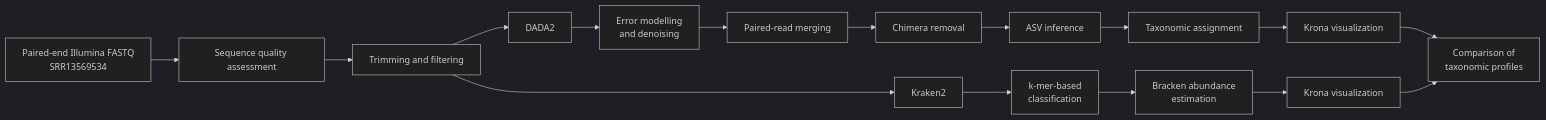
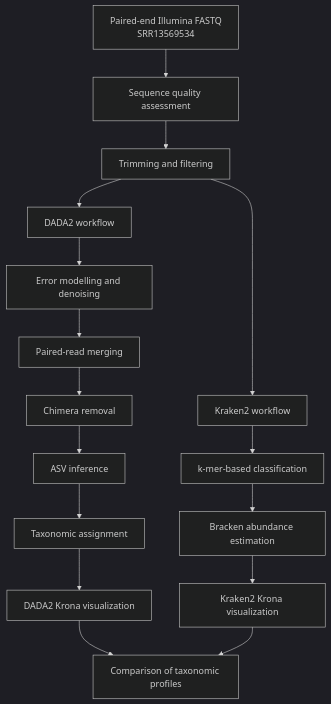
One commit to Gabii3355/16S-taxonomic-profiling-dada2-kraken2 changed the diagram in README.md. Above: the diagram before and after it, drawn with Mermaid (dark theme). The commit also changed other lines of this file, not shown here.

````diff
--- a/README.md
+++ b/README.md
@@ -36,21 +36,21 @@
 ```mermaid
-flowchart LR
+flowchart TD
     A["Paired-end Illumina FASTQ<br/>SRR13569534"] --> B["Sequence quality assessment"]
     B --> C["Trimming and filtering"]
 
-    C --> D["DADA2"]
-    D --> E["Error modelling<br/>and denoising"]
+    C --> D["DADA2 workflow"]
+    D --> E["Error modelling and denoising"]
     E --> F["Paired-read merging"]
     F --> G["Chimera removal"]
     G --> H["ASV inference"]
     H --> I["Taxonomic assignment"]
-    I --> J["Krona visualization"]
+    I --> J["DADA2 Krona visualization"]
 
-    C --> K["Kraken2"]
-    K --> L["k-mer-based<br/>classification"]
-    L --> M["Bracken abundance<br/>estimation"]
-    M --> N["Krona visualization"]
+    C --> K["Kraken2 workflow"]
+    K --> L["k-mer-based classification"]
+    L --> M["Bracken abundance estimation"]
+    M --> N["Kraken2 Krona visualization"]
 
-    J --> O["Comparison of<br/>taxonomic profiles"]
+    J --> O["Comparison of taxonomic profiles"]
     N --> O
 ```
````
